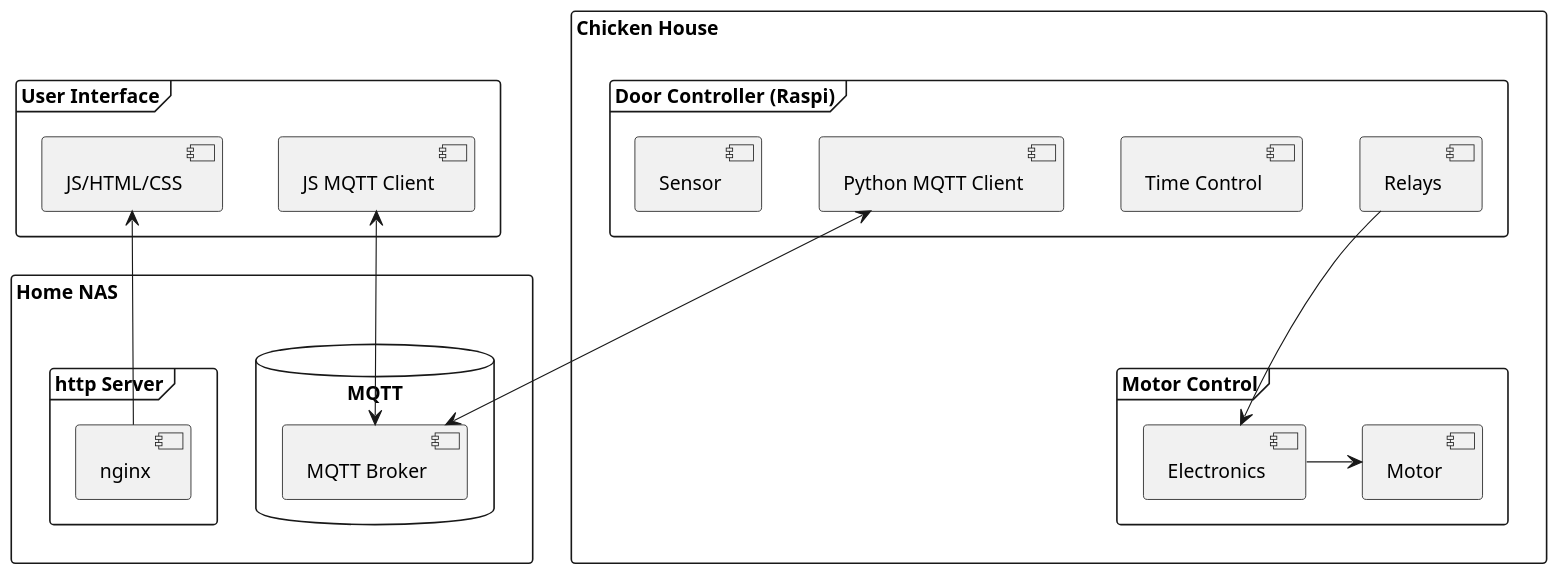
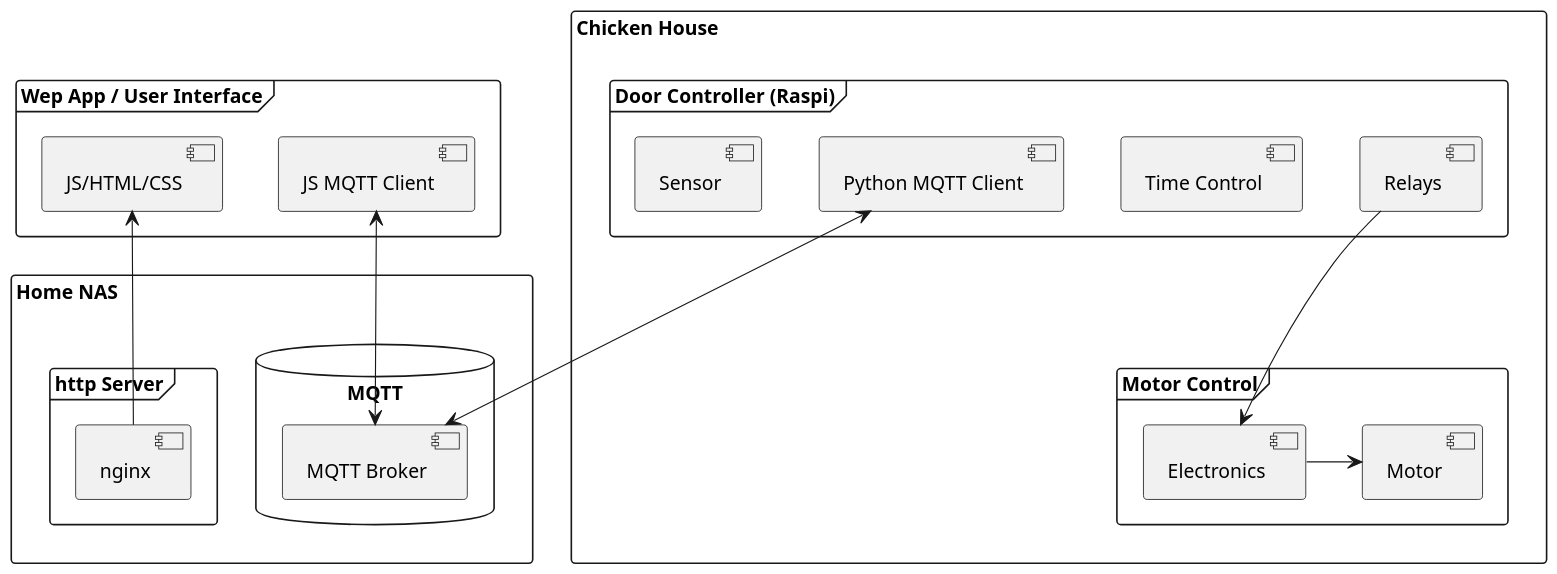
Before and after one commit to ClNo/safe-chicken: the diagram in docs/overview/component_diag.puml, drawn with PlantUML. The commit also changed 9 other files, not shown here.

```diff
--- a/docs/overview/component_diag.puml
+++ b/docs/overview/component_diag.puml
@@ -1,45 +1,45 @@
 @startuml
 
 skinparam ranksep 20
 skinparam dpi 150
 skinparam arrowThickness 0.7
 skinparam packageTitleAlignment left
 skinparam usecaseBorderThickness 0.4
 skinparam defaultFontSize 12
 skinparam rectangleBorderThickness 1
 
 rectangle "Home NAS" {
 database "MQTT" {
     [MQTT Broker]
 }
 frame "http Server" {
     [nginx]
 }
 }
 
 rectangle "Chicken House" {
 frame "Door Controller (Raspi)" as door_controller {
     [Python MQTT Client]
     [Time Control]
     [Relays]
     [Sensor]
 }
 frame "Motor Control" {
     [Electronics]
     [Motor]
 }
 }
 
-frame "User Interface" {
+frame "Wep App / User Interface" {
 [JS MQTT Client]
 [JS/HTML/CSS]
 }
 
 
 [JS MQTT Client] <--> [MQTT Broker]
 [Python MQTT Client] <--> [MQTT Broker]
 [nginx] -> [JS/HTML/CSS]
 [Relays] --> [Electronics]
 [Electronics] -> [Motor]
 
 @enduml
```
